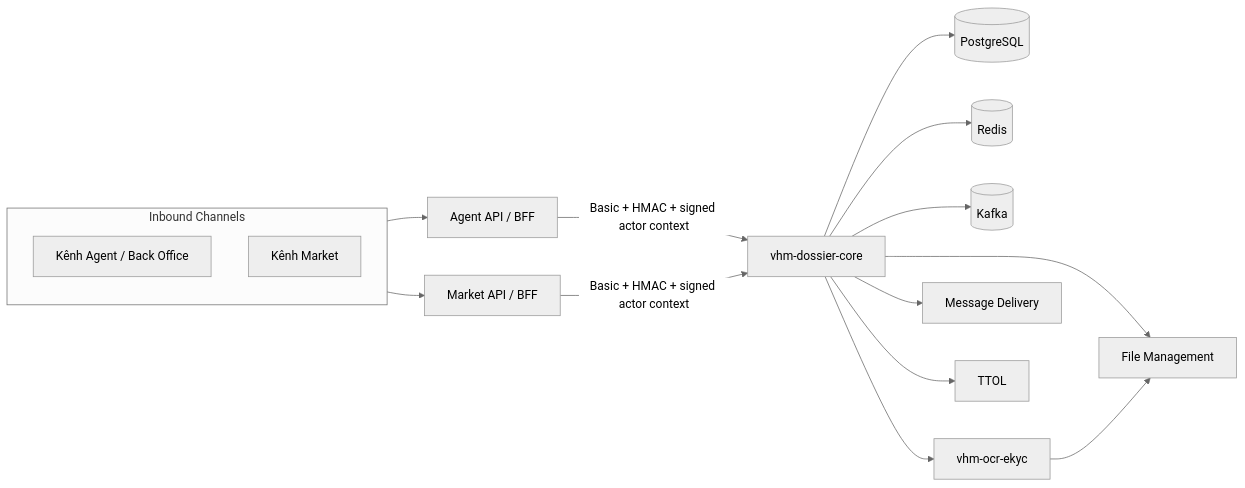
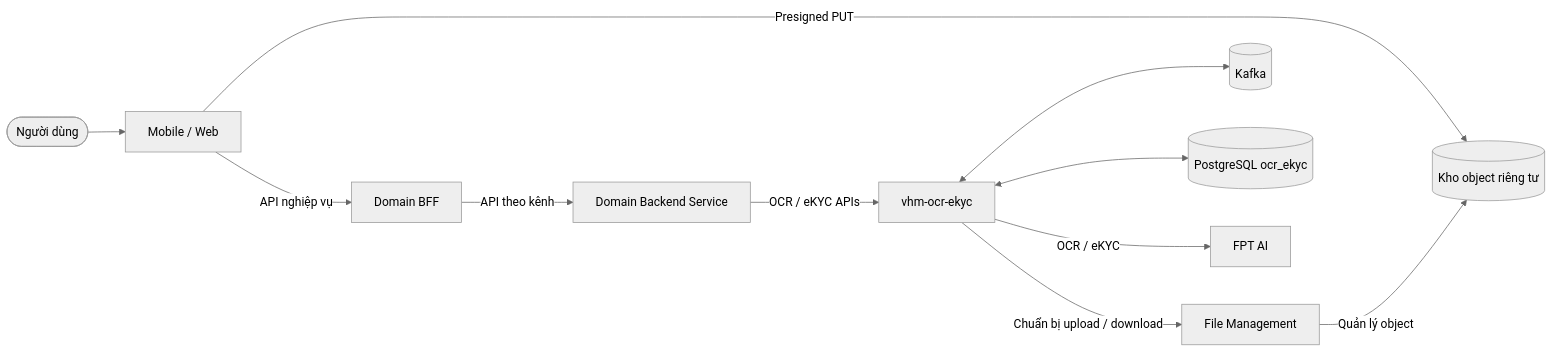
The first of 12 diagrams in tdd-dossier.md (huynv-xyz/vhm), drawn with Mermaid (neutral theme) before and after one commit. The commit also changed other lines of this file, not shown here.

````diff
--- a/tdd-dossier.md
+++ b/tdd-dossier.md
@@ -192,20 +208,24 @@
 ```mermaid
 flowchart LR
-    subgraph Channels[Inbound Channels]
-        direction TB
-        AgentChannel[Kênh Agent / Back Office]
-        MarketChannel[Kênh Market]
-    end
-    AgentChannel --> AgentAPI[Agent API / BFF]
-    MarketChannel --> MarketAPI[Market API / BFF]
-    AgentAPI -->|Basic + HMAC + signed actor context| Core[vhm-dossier-core]
-    MarketAPI -->|Basic + HMAC + signed actor context| Core
-    Core --> PG[(PostgreSQL)]
-    Core --> Redis[(Redis)]
-    Core --> Kafka[(Kafka)]
-    Core --> File[File Management]
-    Core --> OCR[vhm-ocr-ekyc]
-    OCR --> File
-    Core --> Msg[Message Delivery]
-    Core --> TTOL[TTOL]
+    USER([Người dùng])
+    APP[Mobile / Web]
+    BFF[Domain BFF]
+    DOMAIN[Domain Backend Service]
+    OCR[vhm-ocr-ekyc]
+    FILE[File Management]
+    STORE[(Kho object riêng tư)]
+    KAFKA[(Kafka)]
+    DB[(PostgreSQL ocr_ekyc)]
+    FPT[FPT AI]
+
+    USER --> APP
+    APP -->|API nghiệp vụ| BFF
+    APP -->|Presigned PUT| STORE
+    BFF -->|API theo kênh| DOMAIN
+    DOMAIN -->|OCR / eKYC APIs| OCR
+    OCR -->|Chuẩn bị upload / download| FILE
+    FILE -->|Quản lý object| STORE
+    OCR <--> DB
+    OCR <--> KAFKA
+    OCR -->|OCR / eKYC| FPT
 ```
````
